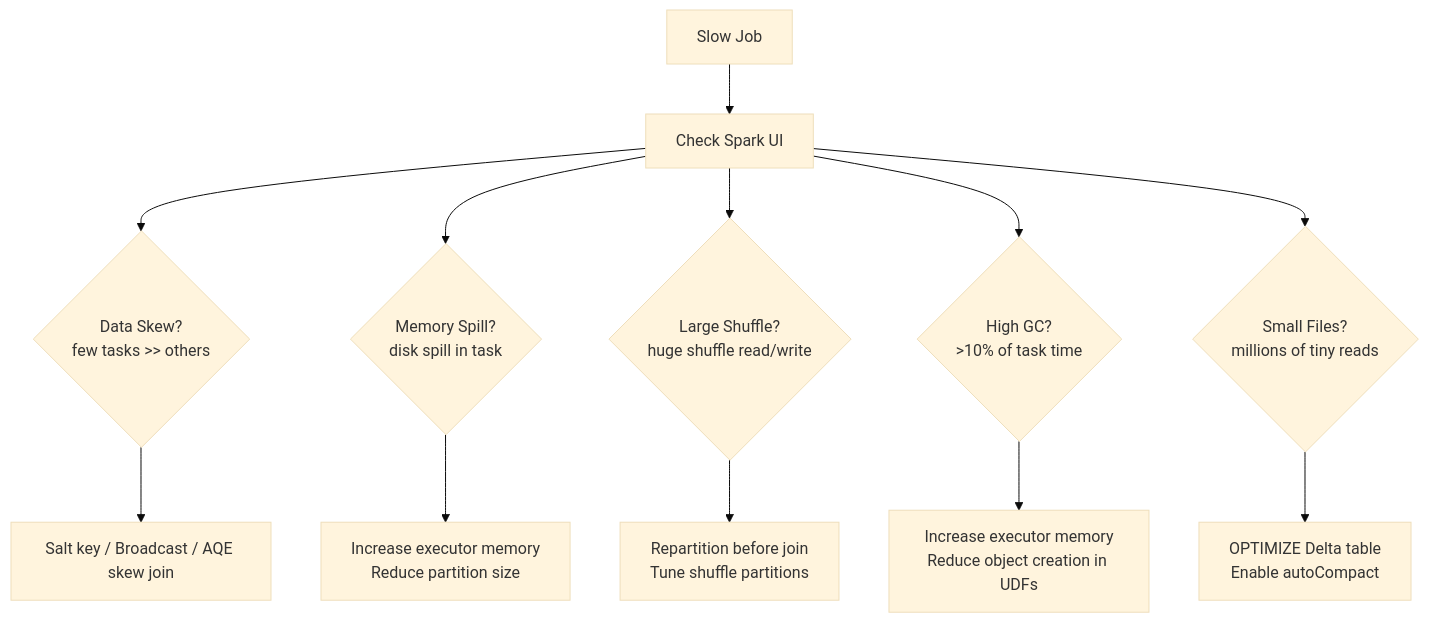
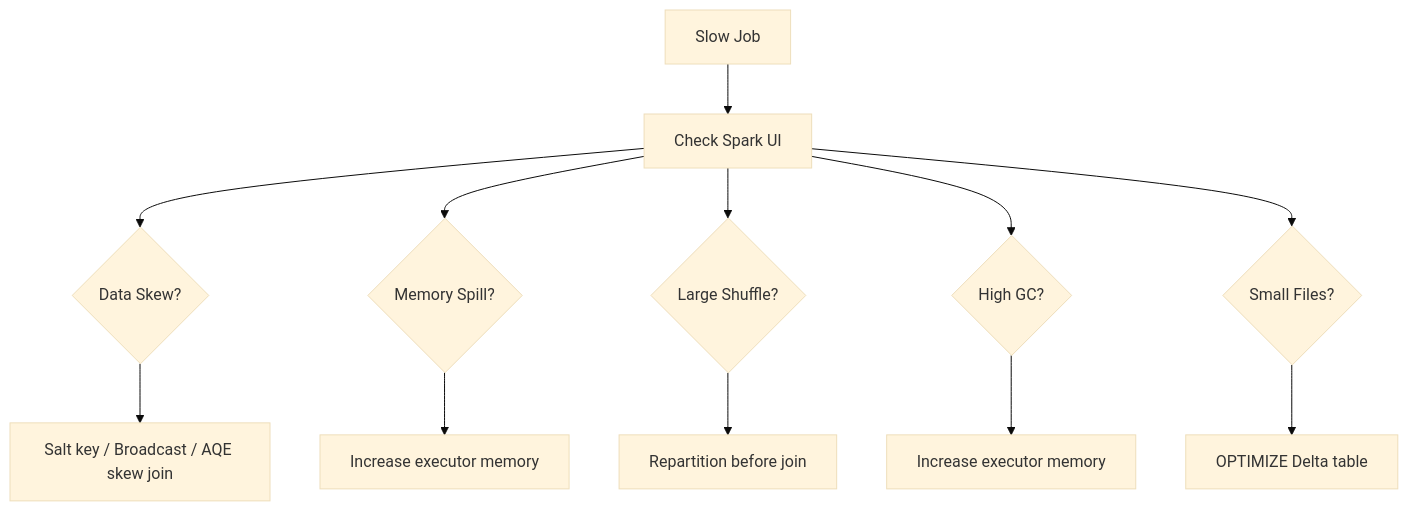
Before and after one commit to gcmishra7/data-engineering-helper: the diagram in 05-databricks/08-performance-tuning.md, drawn with Mermaid (base theme). The commit also changed other lines of this file and 57 other files, not shown here.

First line of the commit message:
Shorten mermaid node labels to fix text truncation on GitHub

````diff
--- a/05-databricks/08-performance-tuning.md
+++ b/05-databricks/08-performance-tuning.md
@@ -8,15 +8,15 @@
 ```mermaid
 graph TD
     SLOW[Slow Job] --> UI[Check Spark UI]
-    UI --> SKEW{Data Skew?<br/>few tasks >> others}
-    UI --> SPILL{Memory Spill?<br/>disk spill in task}
-    UI --> SHUFFLE{Large Shuffle?<br/>huge shuffle read/write}
-    UI --> GC{High GC?<br/>>10% of task time}
-    UI --> SMALL{Small Files?<br/>millions of tiny reads}
+    UI --> SKEW{Data Skew?}
+    UI --> SPILL{Memory Spill?}
+    UI --> SHUFFLE{Large Shuffle?}
+    UI --> GC{High GC?}
+    UI --> SMALL{Small Files?}
 
     SKEW --> F1[Salt key / Broadcast / AQE skew join]
-    SPILL --> F2[Increase executor memory<br/>Reduce partition size]
-    SHUFFLE --> F3[Repartition before join<br/>Tune shuffle partitions]
-    GC --> F4[Increase executor memory<br/>Reduce object creation in UDFs]
-    SMALL --> F5[OPTIMIZE Delta table<br/>Enable autoCompact]
+    SPILL --> F2[Increase executor memory]
+    SHUFFLE --> F3[Repartition before join]
+    GC --> F4[Increase executor memory]
+    SMALL --> F5[OPTIMIZE Delta table]
 ```
````
